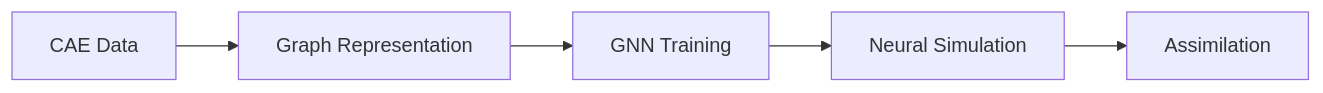
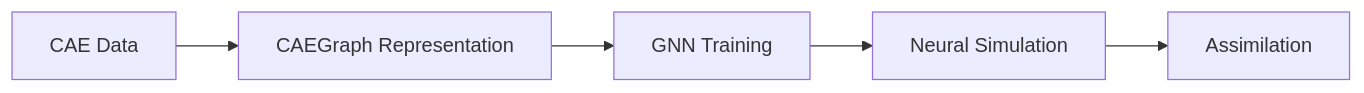
One commit to XYChouMian/caegraph changed the diagram in docs/docs/index.en.md. Above: the diagram before and after it, drawn with Mermaid. The commit also changed other lines of this file and 19 other files, not shown here.

Commit message:
docs(architecture): migrate documents to CAEGraph canonical representation

````diff
--- a/docs/docs/index.en.md
+++ b/docs/docs/index.en.md
@@ -7,4 +7,4 @@
 ```mermaid
 flowchart LR
-    A[CAE Data] --> B[Graph Representation] --> C[GNN Training] --> D[Neural Simulation] --> E[Assimilation]
+    A[CAE Data] --> B[CAEGraph Representation] --> C[GNN Training] --> D[Neural Simulation] --> E[Assimilation]
 ```
````
